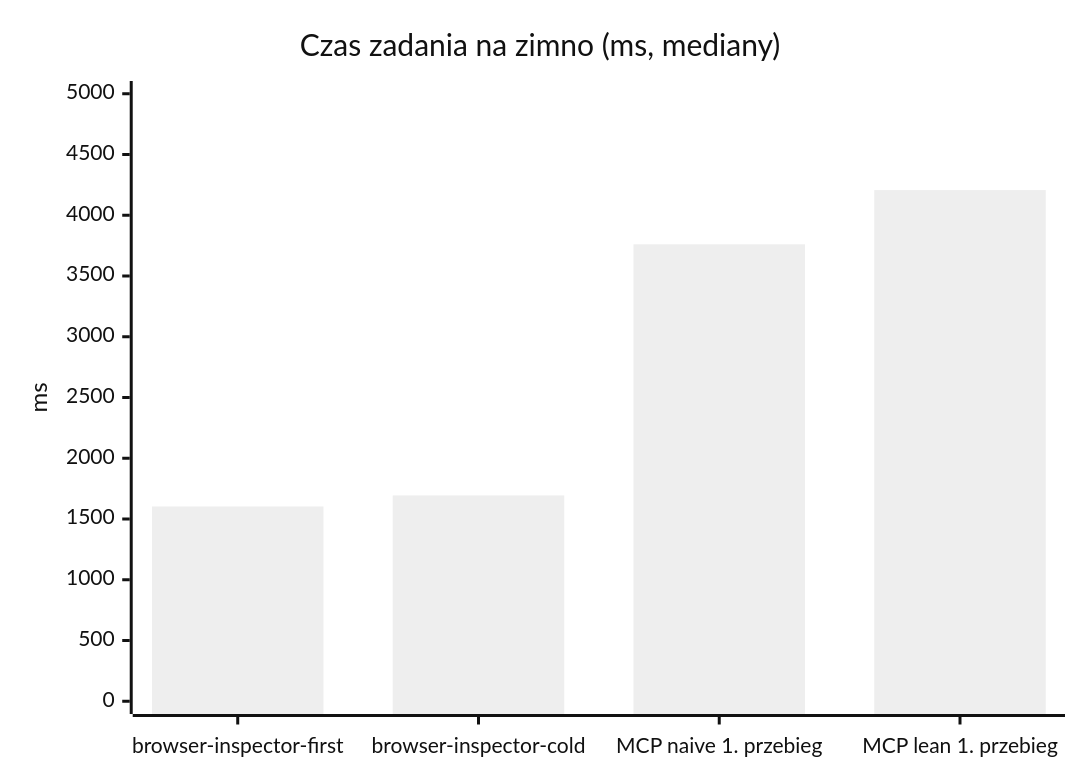
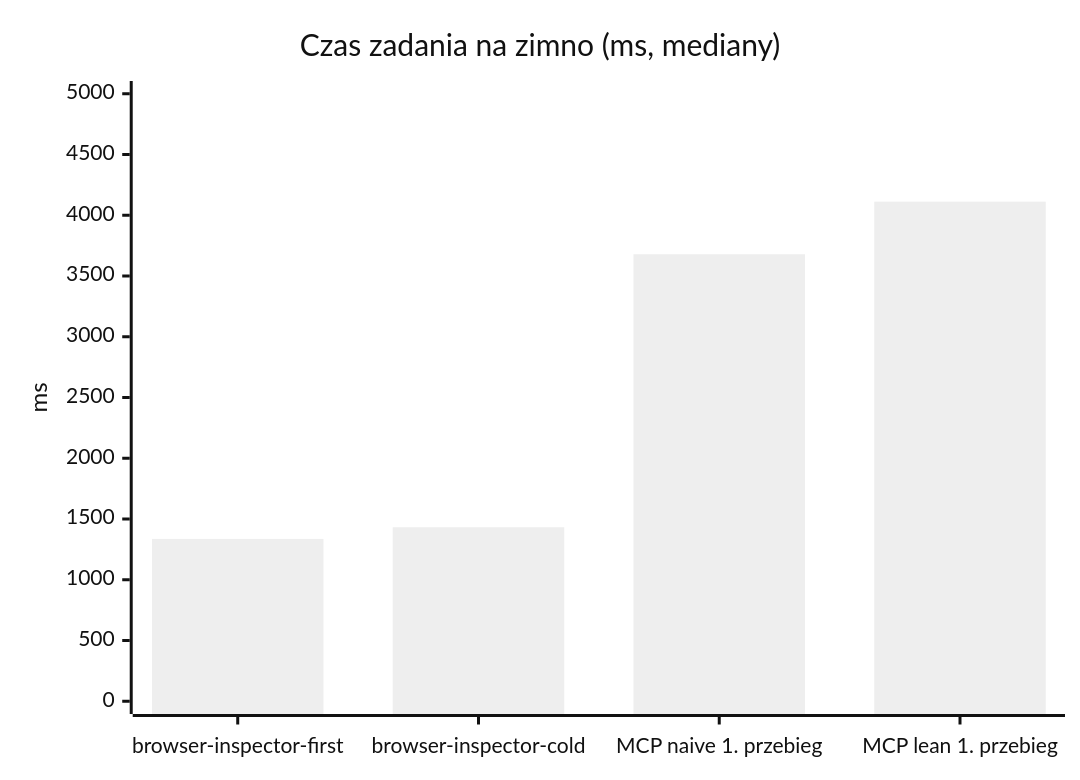
The second of 3 diagrams in bench/RAPORT.md (nowiro/scribe-devtools), drawn with Mermaid (neutral theme) before and after one commit. The commit also changed other lines of this file and 4 other files, not shown here.

````diff
--- a/bench/RAPORT.md
+++ b/bench/RAPORT.md
@@ -35,7 +35,7 @@
 ```mermaid
 xychart-beta
     title "Czas zadania na zimno (ms, mediany)"
     x-axis ["browser-inspector-first", "browser-inspector-cold", "MCP naive 1. przebieg", "MCP lean 1. przebieg"]
     y-axis "ms" 0 --> 5000
-    bar [1603, 1694, 3761, 4207]
+    bar [1336, 1432, 3679, 4112]
 ```
````
